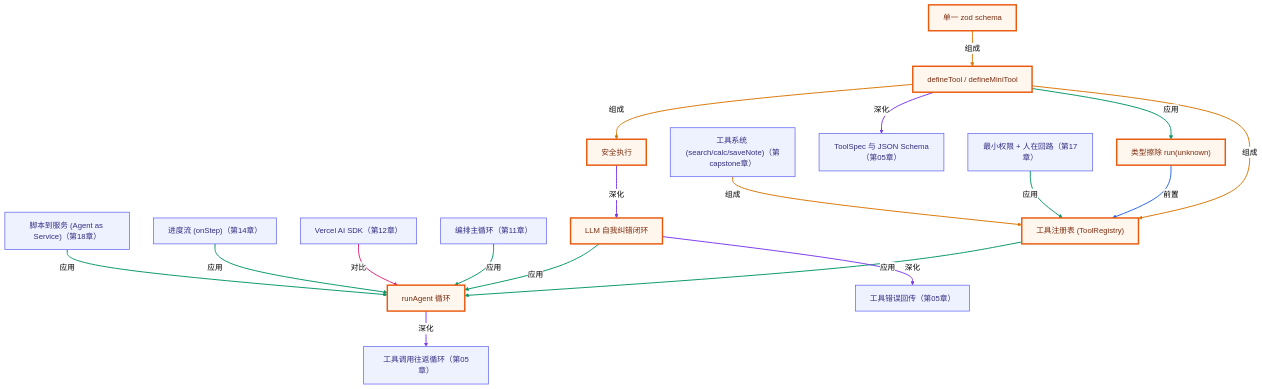
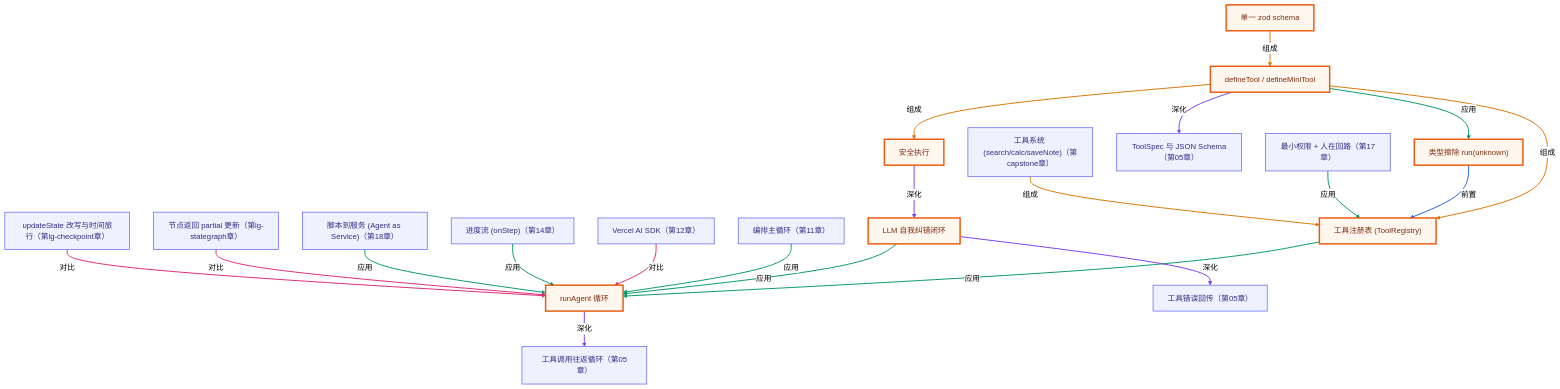
One commit to songuu/agent changed the second of 2 diagrams in lessons/06-building-a-tool-system/README.md. Above: the diagram before and after it, drawn with Mermaid (neutral theme). The commit also changed other lines of this file and 58 other files, not shown here.

````diff
--- a/lessons/06-building-a-tool-system/README.md
+++ b/lessons/06-building-a-tool-system/README.md
@@ -237,57 +237,63 @@
 ```mermaid
 graph TB
   classDef own fill:#fff7ed,stroke:#ea580c,stroke-width:3px,color:#7c2d12;
   classDef cross fill:#eef2ff,stroke:#6366f1,stroke-width:1.5px,color:#312e81;
   n_c06_single_zod_schema["单一 zod schema"]
   n_c06_define_tool["defineTool / defineMiniTool"]
   n_c06_tool_registry["工具注册表 (ToolRegistry)"]
   n_c06_safe_execution["安全执行"]
   n_c06_type_erasure["类型擦除 run(unknown)"]
   n_c06_self_correction_loop["LLM 自我纠错闭环"]
   n_c06_run_agent_loop["runAgent 循环"]
   n_c05_toolspec_schema["ToolSpec 与 JSON Schema（第05章）"]
   n_c05_roundtrip_loop["工具调用往返循环（第05章）"]
   n_c05_error_feedback["工具错误回传（第05章）"]
   n_c11_orchestration_loop["编排主循环（第11章）"]
   n_c12_vercel_ai_sdk["Vercel AI SDK（第12章）"]
   n_c14_progress_streaming["进度流 (onStep)（第14章）"]
   n_c17_human_in_the_loop["最小权限 + 人在回路（第17章）"]
   n_c18_agent_as_service["脚本到服务 (Agent as Service)（第18章）"]
   n_ccapstone_tool_registry["工具系统 (search/calc/saveNote)（第capstone章）"]
+  n_lgsg_node_partial["节点返回 partial 更新（第lg-stategraph章）"]
+  n_lgcp_time_travel["updateState 改写与时间旅行（第lg-checkpoint章）"]
   n_c06_single_zod_schema -->|组成| n_c06_define_tool
   n_c06_define_tool -->|组成| n_c06_tool_registry
   n_c06_define_tool -->|组成| n_c06_safe_execution
   n_c06_define_tool -->|应用| n_c06_type_erasure
   n_c06_type_erasure -->|前置| n_c06_tool_registry
   n_c06_safe_execution -->|深化| n_c06_self_correction_loop
   n_c06_tool_registry -->|应用| n_c06_run_agent_loop
   n_c06_self_correction_loop -->|应用| n_c06_run_agent_loop
   n_c06_define_tool -->|深化| n_c05_toolspec_schema
   n_c06_run_agent_loop -->|深化| n_c05_roundtrip_loop
   n_c06_self_correction_loop -->|深化| n_c05_error_feedback
   n_c11_orchestration_loop -->|应用| n_c06_run_agent_loop
   n_c12_vercel_ai_sdk -->|对比| n_c06_run_agent_loop
   n_c14_progress_streaming -->|应用| n_c06_run_agent_loop
   n_c17_human_in_the_loop -->|应用| n_c06_tool_registry
   n_c18_agent_as_service -->|应用| n_c06_run_agent_loop
   n_ccapstone_tool_registry -->|组成| n_c06_tool_registry
+  n_lgsg_node_partial -->|对比| n_c06_run_agent_loop
+  n_lgcp_time_travel -->|对比| n_c06_run_agent_loop
   class n_c06_single_zod_schema,n_c06_define_tool,n_c06_tool_registry,n_c06_safe_execution,n_c06_type_erasure,n_c06_self_correction_loop,n_c06_run_agent_loop own;
-  class n_c05_toolspec_schema,n_c05_roundtrip_loop,n_c05_error_feedback,n_c11_orchestration_loop,n_c12_vercel_ai_sdk,n_c14_progress_streaming,n_c17_human_in_the_loop,n_c18_agent_as_service,n_ccapstone_tool_registry cross;
+  class n_c05_toolspec_schema,n_c05_roundtrip_loop,n_c05_error_feedback,n_c11_orchestration_loop,n_c12_vercel_ai_sdk,n_c14_progress_streaming,n_c17_human_in_the_loop,n_c18_agent_as_service,n_ccapstone_tool_registry,n_lgsg_node_partial,n_lgcp_time_travel cross;
   linkStyle 0 stroke:#d97706,stroke-width:2px;
   linkStyle 1 stroke:#d97706,stroke-width:2px;
   linkStyle 2 stroke:#d97706,stroke-width:2px;
   linkStyle 3 stroke:#059669,stroke-width:2px;
   linkStyle 4 stroke:#2563eb,stroke-width:2px;
   linkStyle 5 stroke:#7c3aed,stroke-width:2px;
   linkStyle 6 stroke:#059669,stroke-width:2px;
   linkStyle 7 stroke:#059669,stroke-width:2px;
   linkStyle 8 stroke:#7c3aed,stroke-width:2px;
   linkStyle 9 stroke:#7c3aed,stroke-width:2px;
   linkStyle 10 stroke:#7c3aed,stroke-width:2px;
   linkStyle 11 stroke:#059669,stroke-width:2px;
   linkStyle 12 stroke:#db2777,stroke-width:2px;
   linkStyle 13 stroke:#059669,stroke-width:2px;
   linkStyle 14 stroke:#059669,stroke-width:2px;
   linkStyle 15 stroke:#059669,stroke-width:2px;
   linkStyle 16 stroke:#d97706,stroke-width:2px;
+  linkStyle 17 stroke:#db2777,stroke-width:2px;
+  linkStyle 18 stroke:#db2777,stroke-width:2px;
 ```
````
